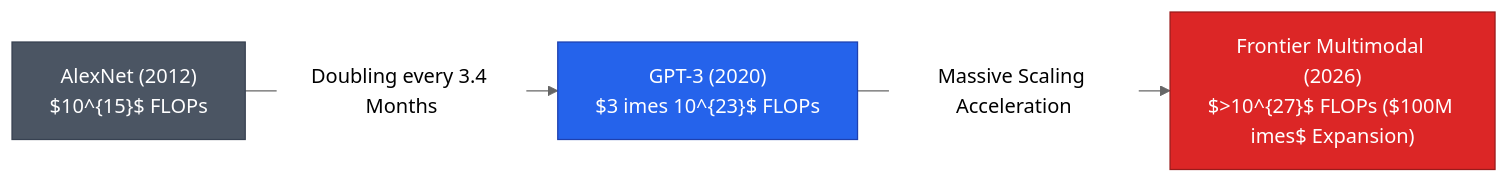
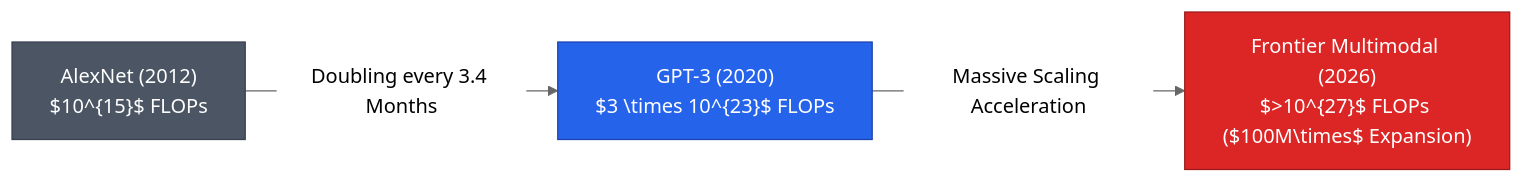
Before and after one commit to kecfai7/we-are-as-gods: diagram 14 of 19 in session2_EN.md, drawn with Mermaid (neutral theme). The commit also changed other lines of this file and 8 other files, not shown here.

````diff
--- a/session2_EN.md
+++ b/session2_EN.md
@@ -849,8 +842,8 @@
 ```mermaid
 flowchart LR
-    A["AlexNet (2012)<br/>$10^{15}$ FLOPs"] -->|Doubling every 3.4 Months| B["GPT-3 (2020)<br/>$3 	imes 10^{23}$ FLOPs"]
-    B -->|Massive Scaling Acceleration| C["Frontier Multimodal (2026)<br/>$>10^{27}$ FLOPs ($100M	imes$ Expansion)"]
+    A["AlexNet (2012)<br/>$10^{15}$ FLOPs"] -->|Doubling every 3.4 Months| B["GPT-3 (2020)<br/>$3 \times 10^{23}$ FLOPs"]
+    B -->|Massive Scaling Acceleration| C["Frontier Multimodal (2026)<br/>$>10^{27}$ FLOPs ($100M\times$ Expansion)"]
     style A fill:#4b5563,stroke:#374151,color:#fff
     style B fill:#2563eb,stroke:#1e40af,color:#fff
     style C fill:#dc2626,stroke:#991b1b,color:#fff
 ```
````
